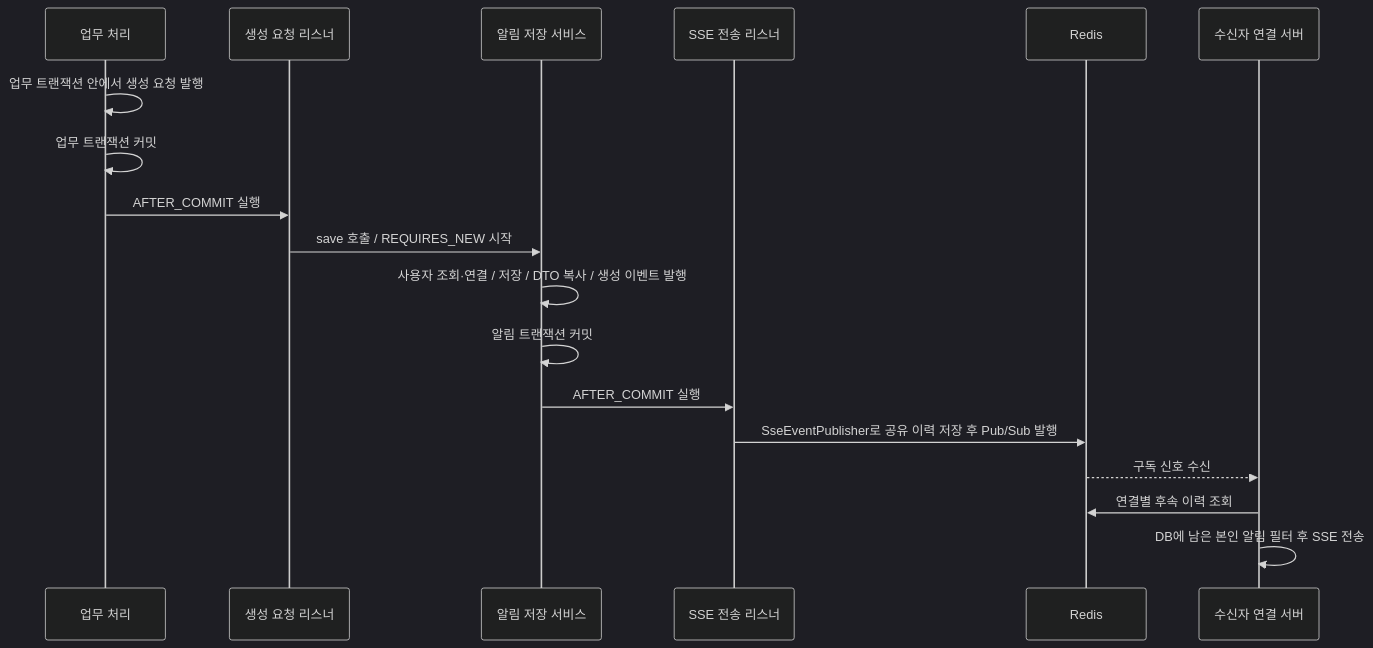
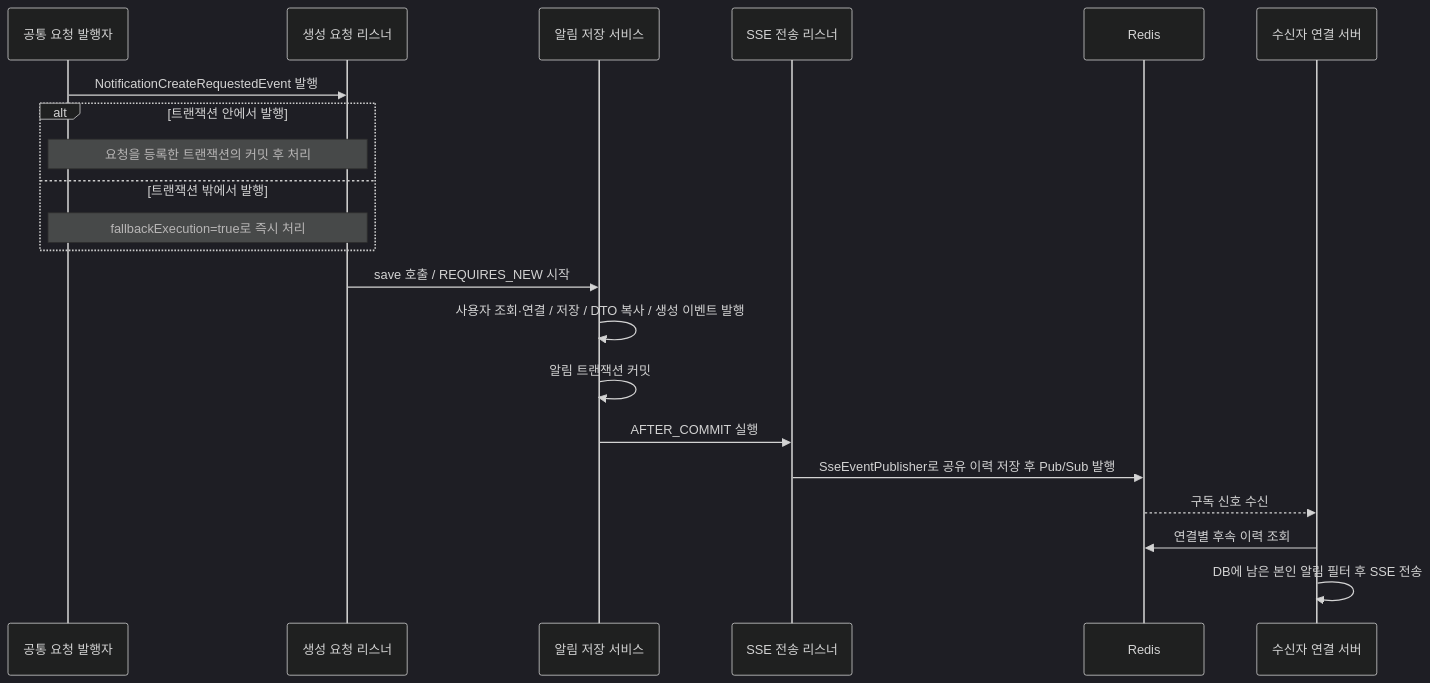
One commit to codeit-backend13-part4-team1/playlist_for_everyone changed the diagram in docs/notification/01-creation-and-delivery.md. Above: the diagram before and after it, drawn with Mermaid (dark theme). The commit also changed other lines of this file and 9 other files, not shown here.

````diff
--- a/docs/notification/01-creation-and-delivery.md
+++ b/docs/notification/01-creation-and-delivery.md
@@ -41,20 +44,23 @@
 ```mermaid
 sequenceDiagram
-    participant B as 업무 처리
+    participant B as 공통 요청 발행자
     participant R as 생성 요청 리스너
     participant N as 알림 저장 서비스
     participant S as SSE 전송 리스너
     participant Redis as Redis
     participant C as 수신자 연결 서버
-    B->>B: 업무 트랜잭션 안에서 생성 요청 발행
-    B->>B: 업무 트랜잭션 커밋
-    B->>R: AFTER_COMMIT 실행
+    B->>R: NotificationCreateRequestedEvent 발행
+    alt 트랜잭션 안에서 발행
+        Note over B,R: 요청을 등록한 트랜잭션의 커밋 후 처리
+    else 트랜잭션 밖에서 발행
+        Note over B,R: fallbackExecution=true로 즉시 처리
+    end
     R->>N: save 호출 / REQUIRES_NEW 시작
     N->>N: 사용자 조회·연결 / 저장 / DTO 복사 / 생성 이벤트 발행
     N->>N: 알림 트랜잭션 커밋
     N->>S: AFTER_COMMIT 실행
     S->>Redis: SseEventPublisher로 공유 이력 저장 후 Pub/Sub 발행
     Redis-->>C: 구독 신호 수신
     C->>Redis: 연결별 후속 이력 조회
     C->>C: DB에 남은 본인 알림 필터 후 SSE 전송
 ```
````
